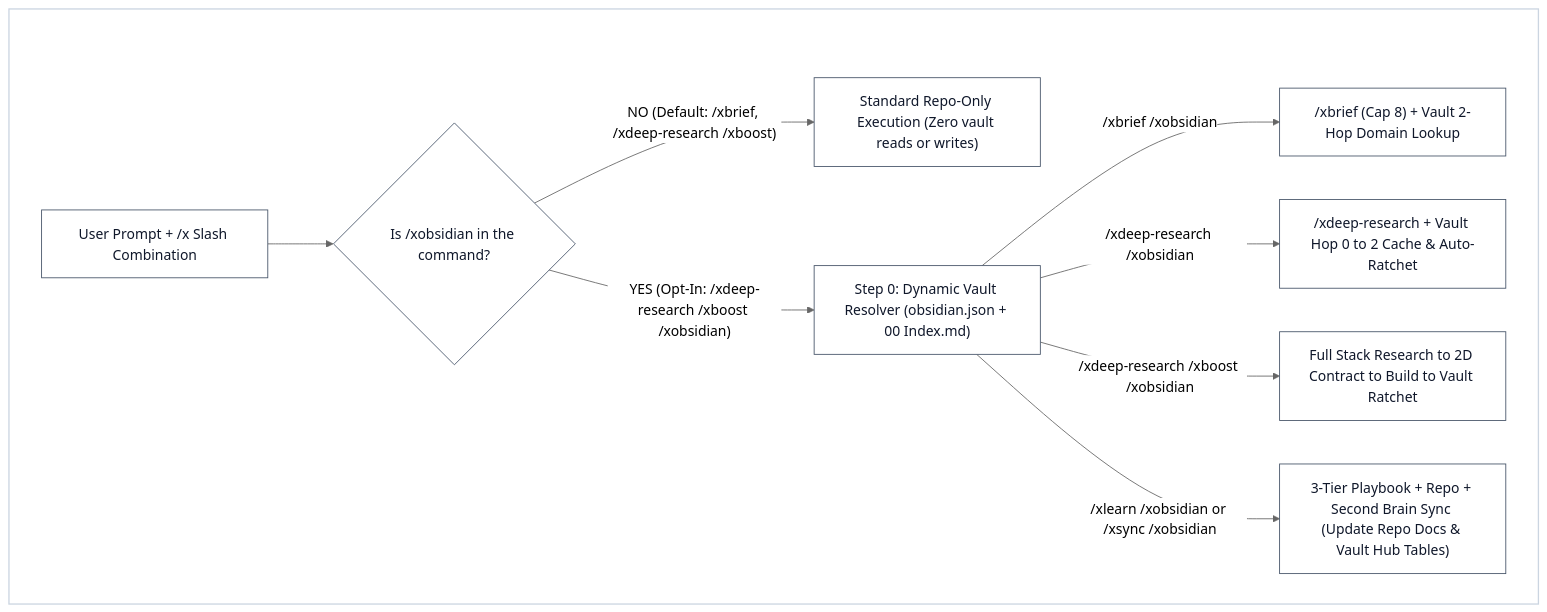
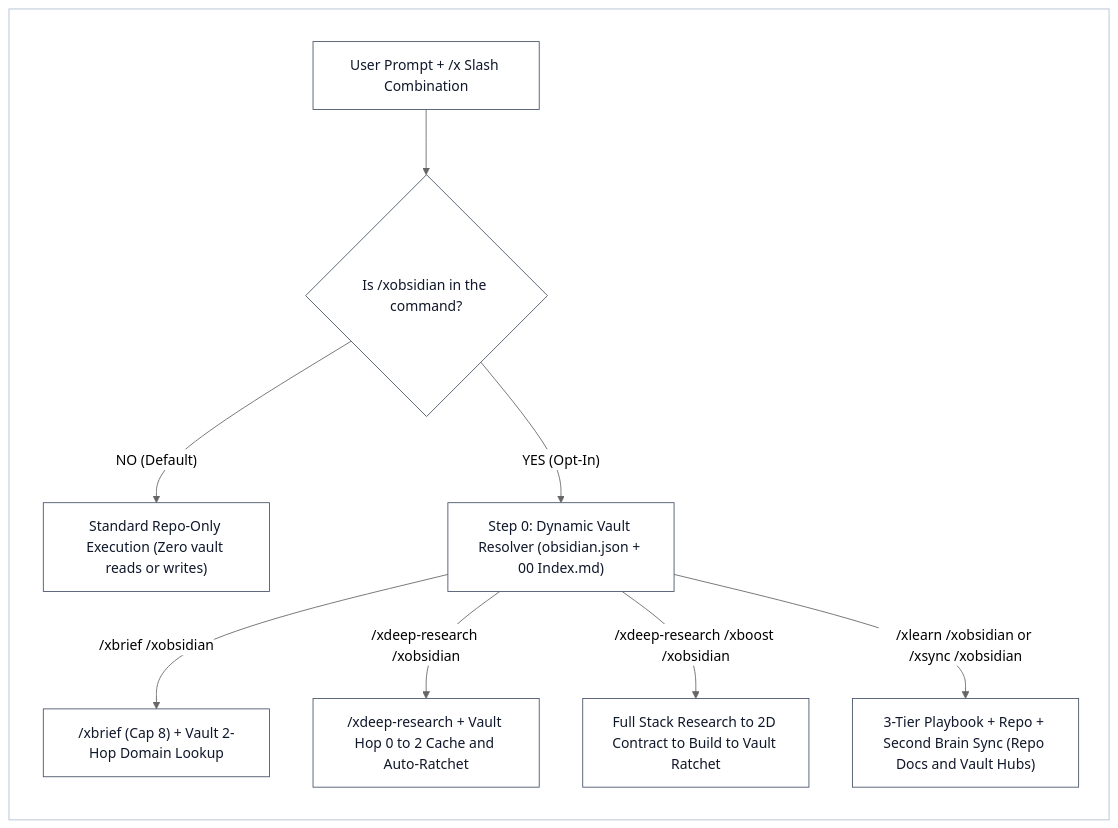
One commit to iscvlab/xboost changed the second of 2 diagrams in README.md. Above: the diagram before and after it, drawn with Mermaid. The commit also changed other lines of this file and 11 other files, not shown here.

````diff
--- a/README.md
+++ b/README.md
@@ -88,15 +88,15 @@
 ```mermaid
 %%{init: {'theme': 'neutral'}}%%
-flowchart TD
+flowchart LR
     subgraph Canvas [" "]
         Prompt["User Prompt + /x Slash Combination"] --> Gate{"Is /xobsidian in the command?"}
-        Gate -->|"NO (Default: /xbrief, /xdeep-research /xboost)"| NoVault["Standard Repo-Only Execution (Zero vault reads or writes)"]
-        Gate -->|"YES (Opt-In: /xdeep-research /xboost /xobsidian)"| Resolve["Step 0: Dynamic Vault Resolver (obsidian.json + 00 Index.md)"]
+        Gate -->|"NO (Default)"| NoVault["Standard Repo-Only Execution (Zero vault reads or writes)"]
+        Gate -->|"YES (Opt-In)"| Resolve["Step 0: Dynamic Vault Resolver (obsidian.json + 00 Index.md)"]
         Resolve -->|"/xbrief /xobsidian"| BriefCombo["/xbrief (Cap 8) + Vault 2-Hop Domain Lookup"]
-        Resolve -->|"/xdeep-research /xobsidian"| ResCombo["/xdeep-research + Vault Hop 0 to 2 Cache & Auto-Ratchet"]
+        Resolve -->|"/xdeep-research /xobsidian"| ResCombo["/xdeep-research + Vault Hop 0 to 2 Cache and Auto-Ratchet"]
         Resolve -->|"/xdeep-research /xboost /xobsidian"| BoostCombo["Full Stack Research to 2D Contract to Build to Vault Ratchet"]
-        Resolve -->|"/xlearn /xobsidian or /xsync /xobsidian"| SyncCombo["3-Tier Playbook + Repo + Second Brain Sync (Update Repo Docs & Vault Hub Tables)"]
+        Resolve -->|"/xlearn /xobsidian or /xsync /xobsidian"| SyncCombo["3-Tier Playbook + Repo + Second Brain Sync (Repo Docs and Vault Hubs)"]
     end
     classDef default fill:#ffffff,stroke:#475569,color:#0f172a,stroke-width:1px
     style Canvas fill:#ffffff,stroke:#cbd5e1,stroke-width:1.5px,color:#0f172a
 ```
````
